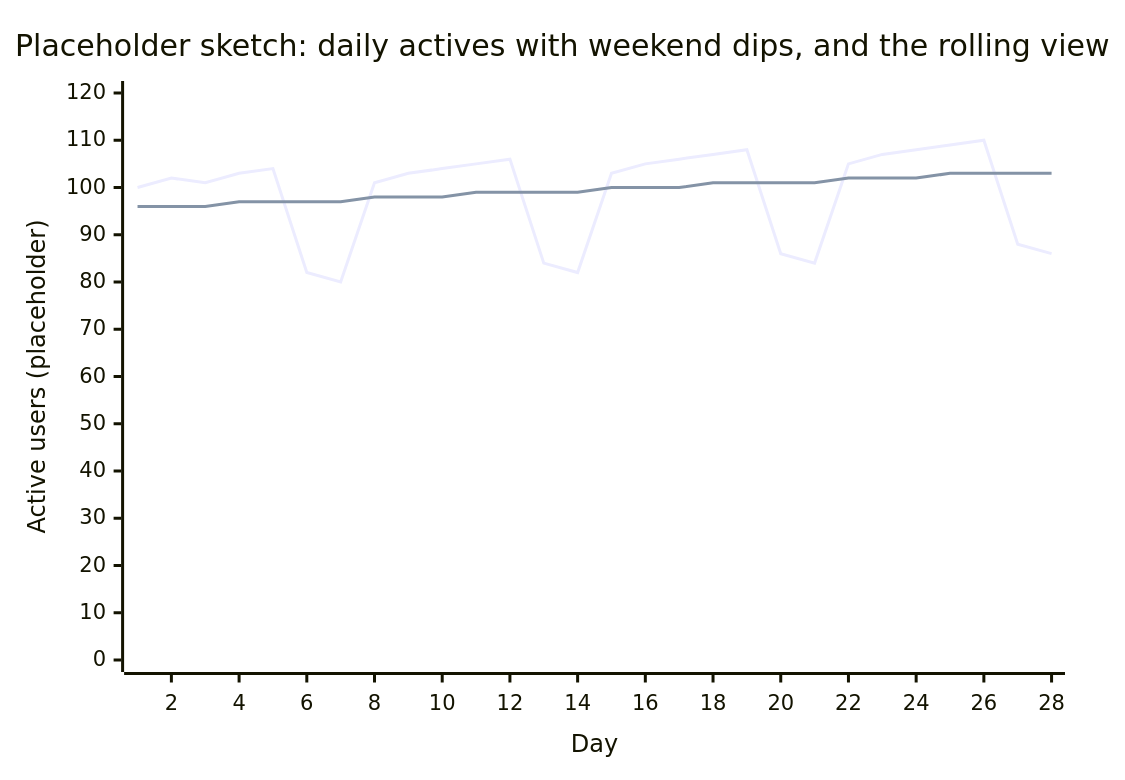
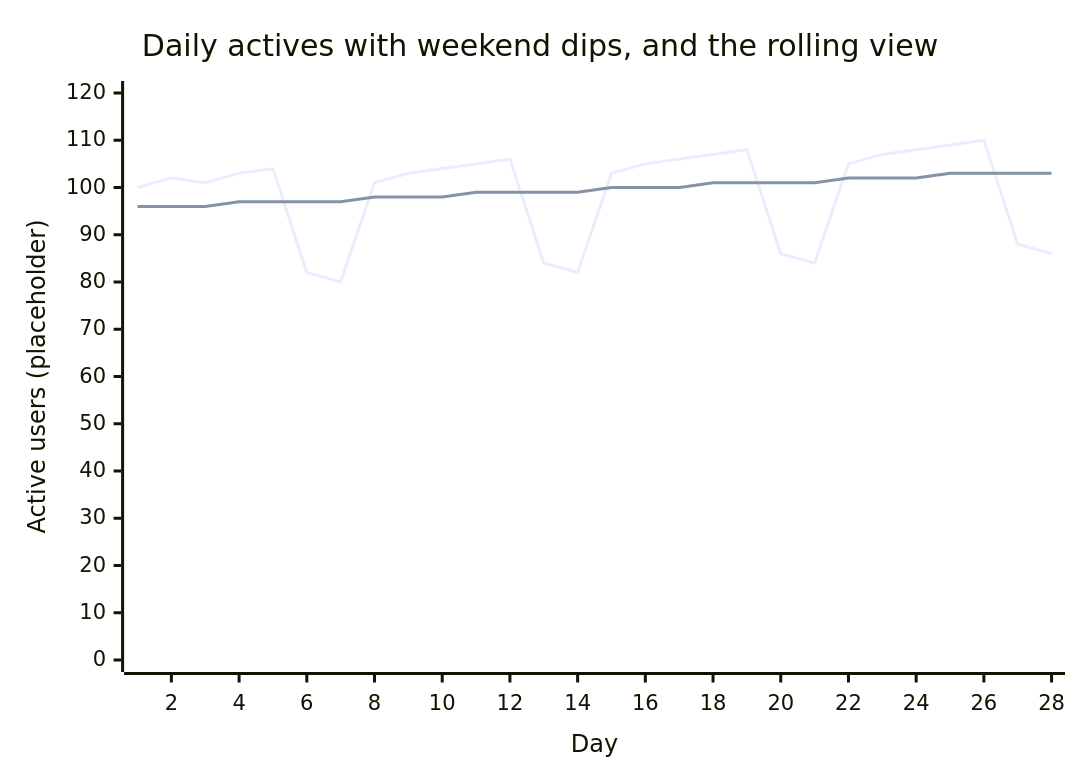
One commit to h3qing/open-analytics-framework changed the third of 3 diagrams in docs/metrics/active-users.md. Above: the diagram before and after it, drawn with Mermaid. The commit also changed other lines of this file and 1 other file, not shown here.

````diff
--- a/docs/metrics/active-users.md
+++ b/docs/metrics/active-users.md
@@ -129,8 +136,8 @@
 ```mermaid
 xychart-beta
-    title "Placeholder sketch: daily actives with weekend dips, and the rolling view"
+    title "Daily actives with weekend dips, and the rolling view"
     x-axis "Day" 1 --> 28
     y-axis "Active users (placeholder)" 0 --> 120
     line [100, 102, 101, 103, 104, 82, 80, 101, 103, 104, 105, 106, 84, 82, 103, 105, 106, 107, 108, 86, 84, 105, 107, 108, 109, 110, 88, 86]
     line [96, 96, 96, 97, 97, 97, 97, 98, 98, 98, 99, 99, 99, 99, 100, 100, 100, 101, 101, 101, 101, 102, 102, 102, 103, 103, 103, 103]
 ```
````
